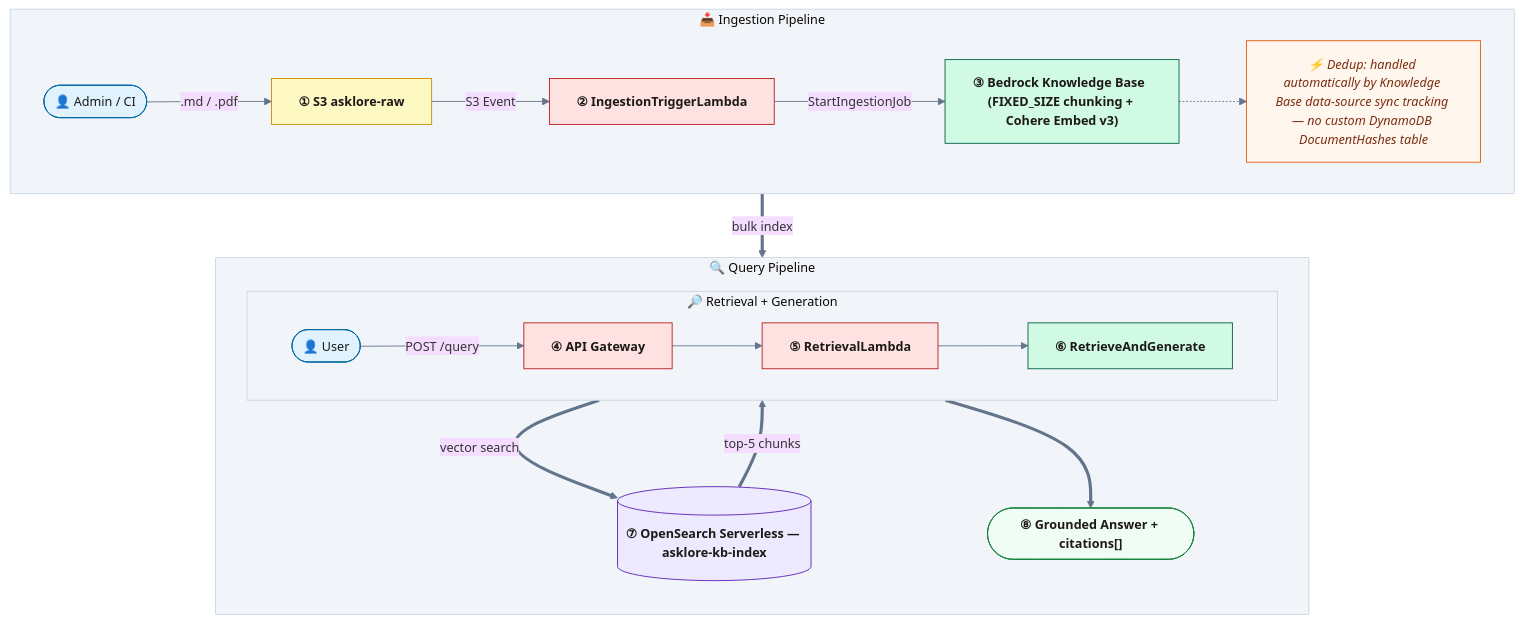
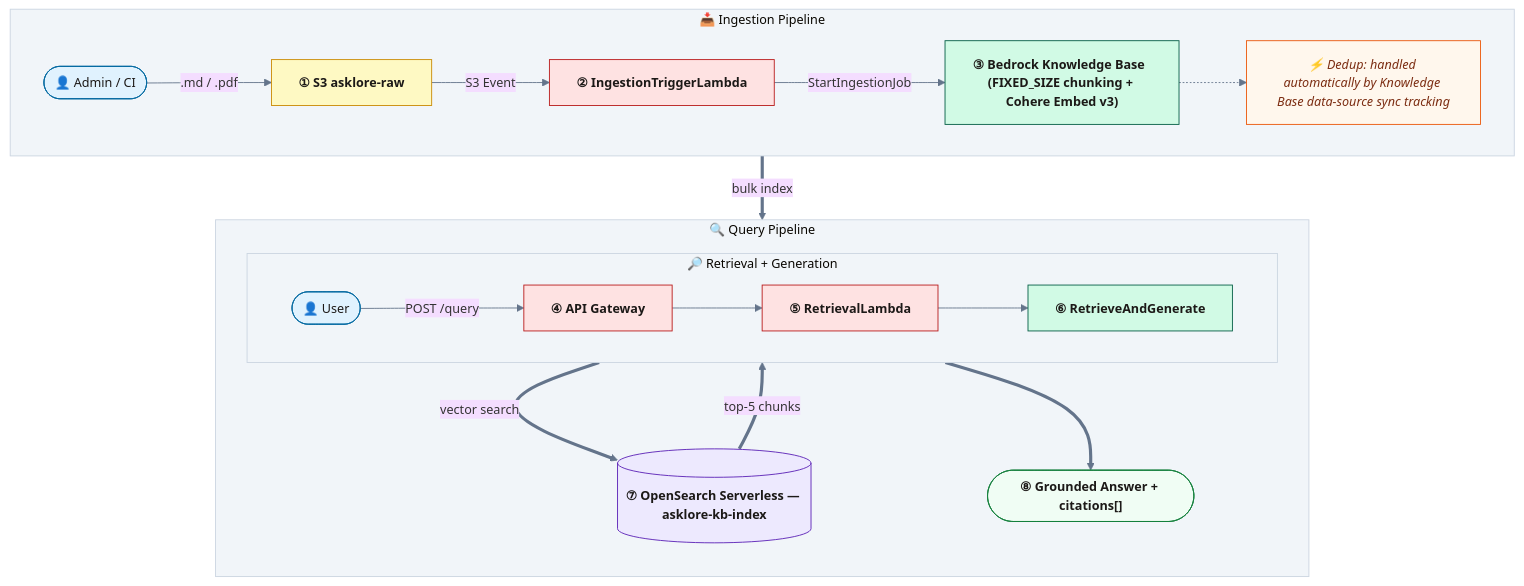
Before and after one commit to Sunilrana1978/AskLore: the diagram in README.md, drawn with Mermaid. The commit also changed 2 other files, not shown here.

Commit message:
Remove DynamoDB DocumentHashes references from documentation
The custom DocumentHashes table was superseded by Knowledge Base
data-source sync tracking. Kept unrelated DynamoDB mentions for
Phase 3+ conversation state, groundedness scores, and semantic cache.

````diff
--- a/README.md
+++ b/README.md
@@ -9,42 +9,42 @@
 ```mermaid
 %%{init: {'theme': 'base', 'themeVariables': {'clusterBkg': '#F1F5F9', 'clusterBorder': '#CBD5E1', 'lineColor': '#64748B', 'fontSize': '14px'}}}%%
 flowchart TB
 
     classDef s3      fill:#FEF9C3,stroke:#CA8A04,color:#1C1917,font-weight:bold
     classDef lambda  fill:#FEE2E2,stroke:#B91C1C,color:#1C1917,font-weight:bold
     classDef bedrock fill:#D1FAE5,stroke:#065F46,color:#1C1917,font-weight:bold
     classDef os      fill:#EDE9FE,stroke:#5B21B6,color:#1C1917,font-weight:bold
     classDef person  fill:#E0F2FE,stroke:#0369A1,color:#1C1917
     classDef output  fill:#F0FDF4,stroke:#15803D,color:#1C1917,font-weight:bold
     classDef note    fill:#FFF7ED,stroke:#EA580C,color:#7C2D12,font-style:italic
 
     subgraph ING["📥  Ingestion Pipeline"]
         direction LR
         UADM(["👤 Admin / CI"]):::person
         RAWB["① S3  asklore-raw"]:::s3
         TRIG["② IngestionTriggerLambda"]:::lambda
         KB["③ Bedrock Knowledge Base  (FIXED_SIZE chunking + Cohere Embed v3)"]:::bedrock
-        DEDUP["⚡ Dedup: handled automatically by Knowledge Base data-source sync tracking — no custom DynamoDB DocumentHashes table"]:::note
+        DEDUP["⚡ Dedup: handled automatically by Knowledge Base data-source sync tracking"]:::note
         UADM -->|.md / .pdf| RAWB -->|S3 Event| TRIG -->|StartIngestionJob| KB
         KB -.-> DEDUP
     end
 
     subgraph QRY["🔍  Query Pipeline"]
         direction TB
         subgraph RET["🔎  Retrieval + Generation"]
             direction LR
             UQRY(["👤 User"]):::person
             APIG["④ API Gateway"]:::lambda
             RLMB["⑤ RetrievalLambda"]:::lambda
             RAG["⑥ RetrieveAndGenerate"]:::bedrock
             UQRY -->|POST /query| APIG --> RLMB --> RAG
         end
         OSLS[("⑦ OpenSearch Serverless — asklore-kb-index")]:::os
         GOUT(["⑧ Grounded Answer + citations[]"]):::output
         RAG ==>|vector search| OSLS
         OSLS ==>|top-5 chunks| RAG
         RAG ==> GOUT
     end
 
     KB ==>|bulk index| OSLS
 ```
````
